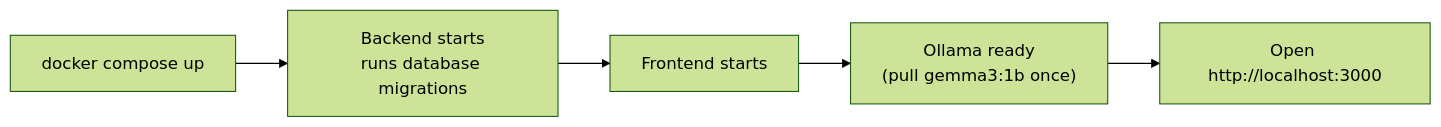
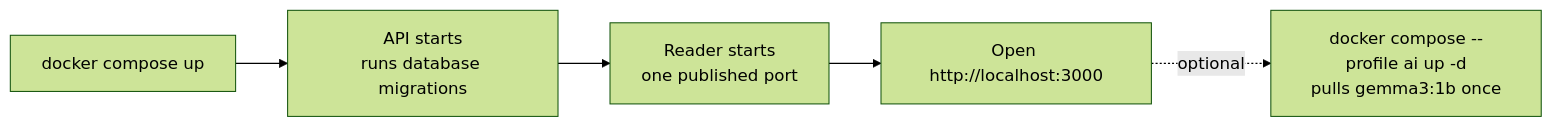
The fourth of 4 diagrams in submission.md (Ekomjah/tributary), drawn with Mermaid (forest theme) before and after one commit. The commit also changed other lines of this file, not shown here.

First line of the commit message:
docs: cover the v0.1.0 Docker release in the submission

````diff
--- a/submission.md
+++ b/submission.md
@@ -280,7 +297,7 @@
 ```mermaid
 flowchart LR
-    A["docker compose up"] --> B["Backend starts<br/>runs database migrations"]
-    B --> C["Frontend starts"]
-    C --> D["Ollama ready<br/>(pull gemma3:1b once)"]
-    D --> E["Open http://localhost:3000"]
+    A["docker compose up"] --> B["API starts<br/>runs database migrations"]
+    B --> C["Reader starts<br/>one published port"]
+    C --> D["Open http://localhost:3000"]
+    D -. "optional" .-> E["docker compose --profile ai up -d<br/>pulls gemma3:1b once"]
 ```
````
